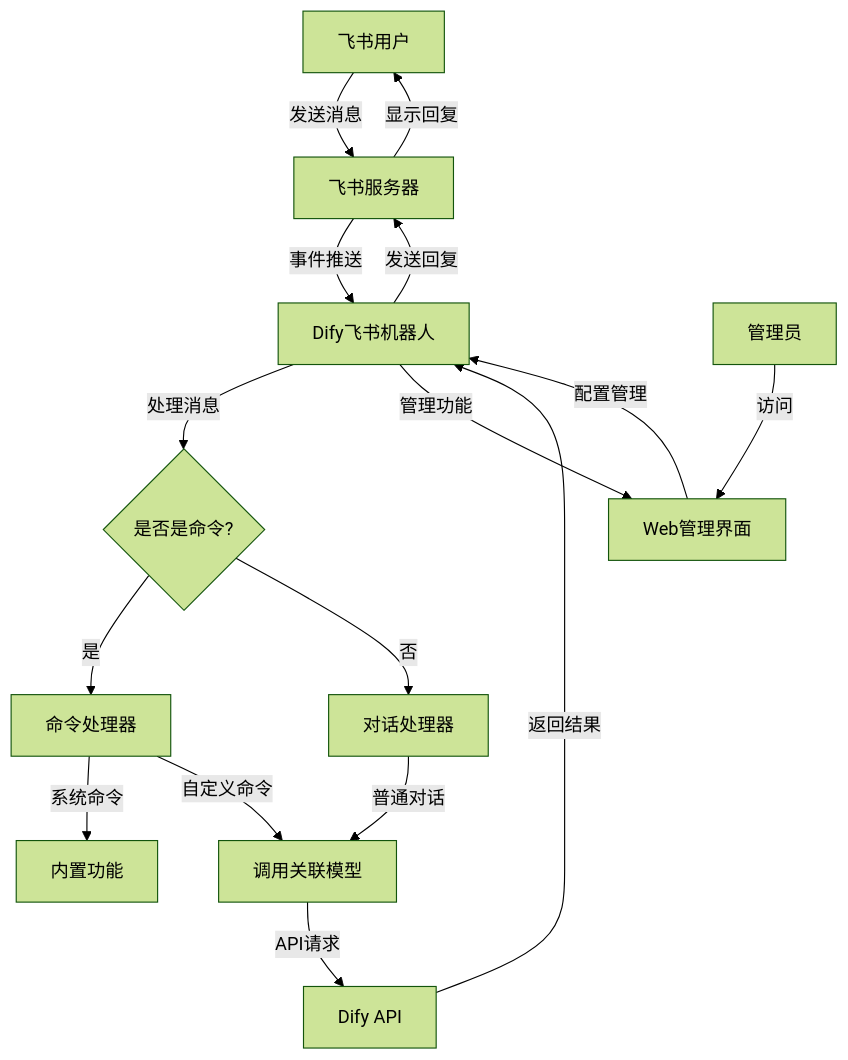
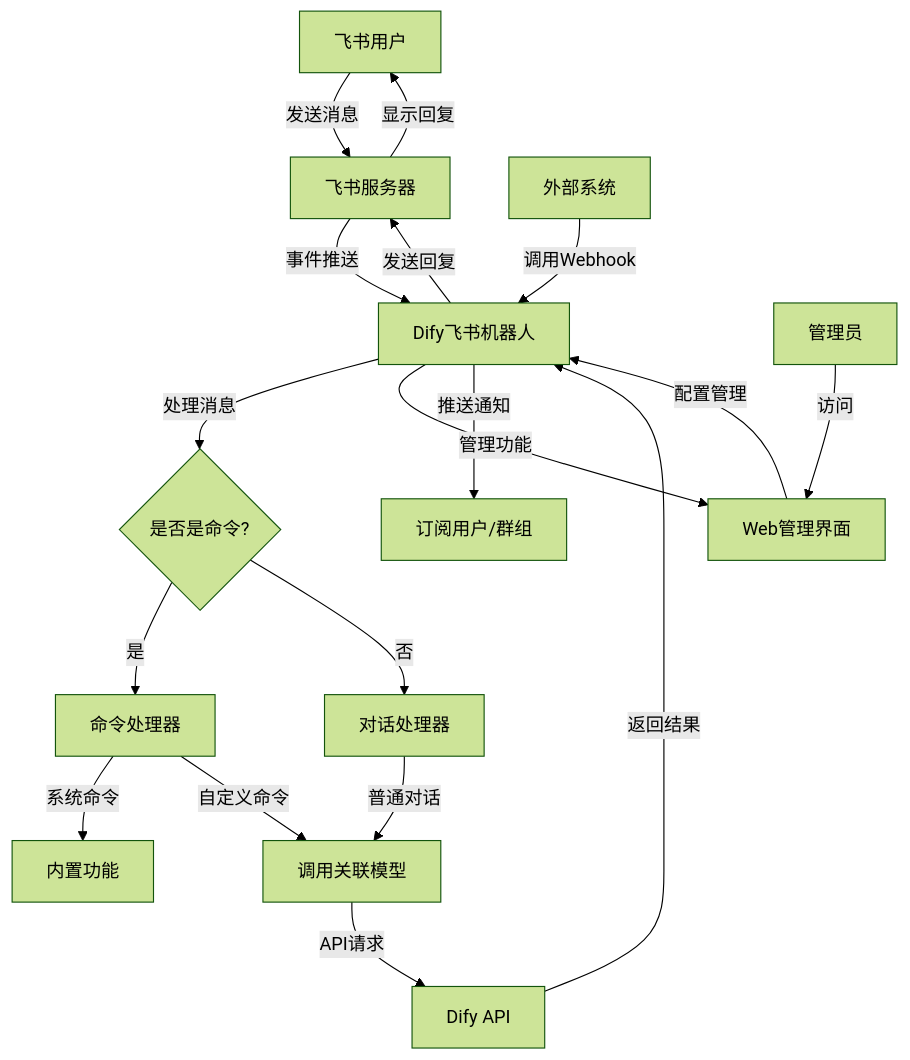
One commit to anycodes/FeishuRBT changed the diagram in README.md. Above: the diagram before and after it, drawn with Mermaid (forest theme). The commit also changed other lines of this file, not shown here.

````diff
--- a/README.md
+++ b/README.md
@@ -19,19 +21,22 @@
 ```mermaid
 graph TD
     A[飞书用户] -->|发送消息| B[飞书服务器]
     B -->|事件推送| C[Dify飞书机器人]
     C -->|处理消息| D{是否是命令?}
     D -->|是| E[命令处理器]
     D -->|否| F[对话处理器]
     E -->|系统命令| G[内置功能]
     E -->|自定义命令| H[调用关联模型]
     F -->|普通对话| H
     H -->|API请求| I[Dify API]
     I -->|返回结果| C
     C -->|发送回复| B
     B -->|显示回复| A
     C -->|管理功能| J[Web管理界面]
     J -->|配置管理| C
-
-    K[管理员] -->|访问| J
+    
+    K[外部系统] -->|调用Webhook| C
+    C -->|推送通知| L[订阅用户/群组]
+    
+    M[管理员] -->|访问| J
 ```
````
